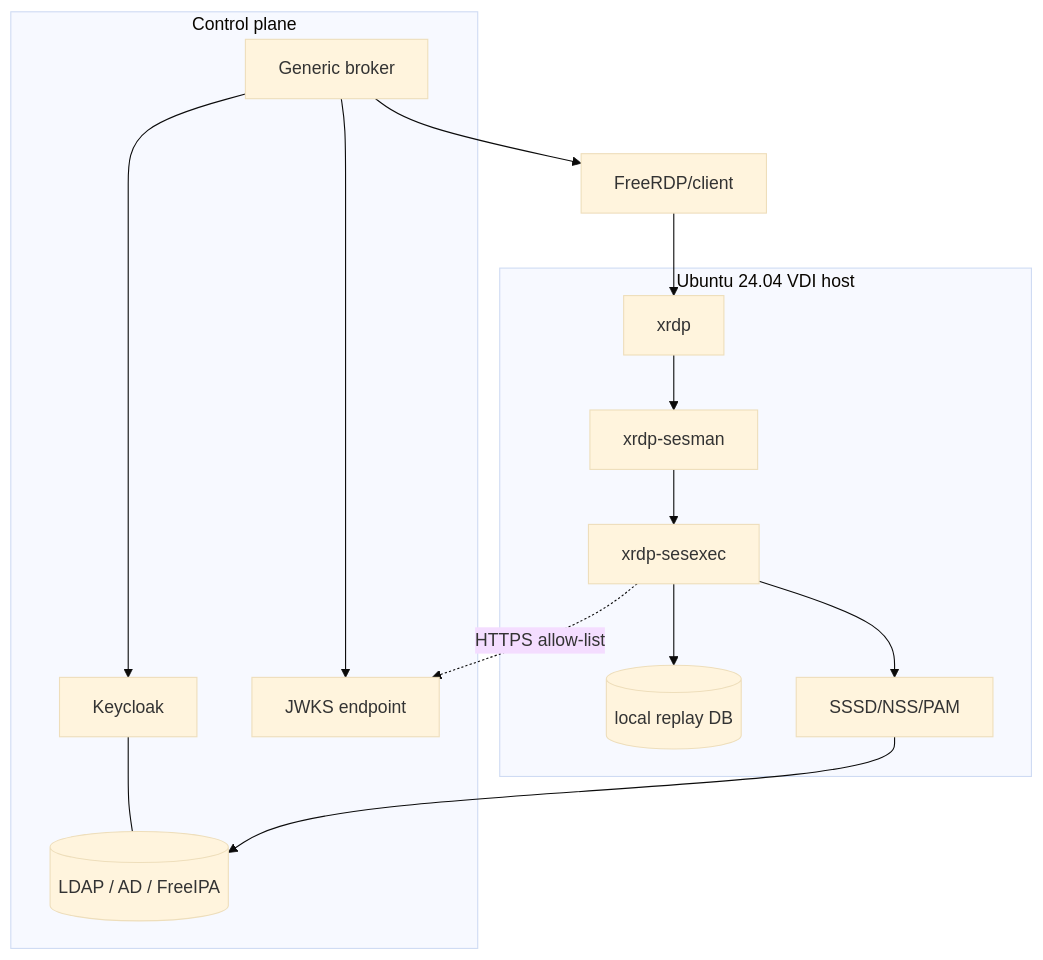
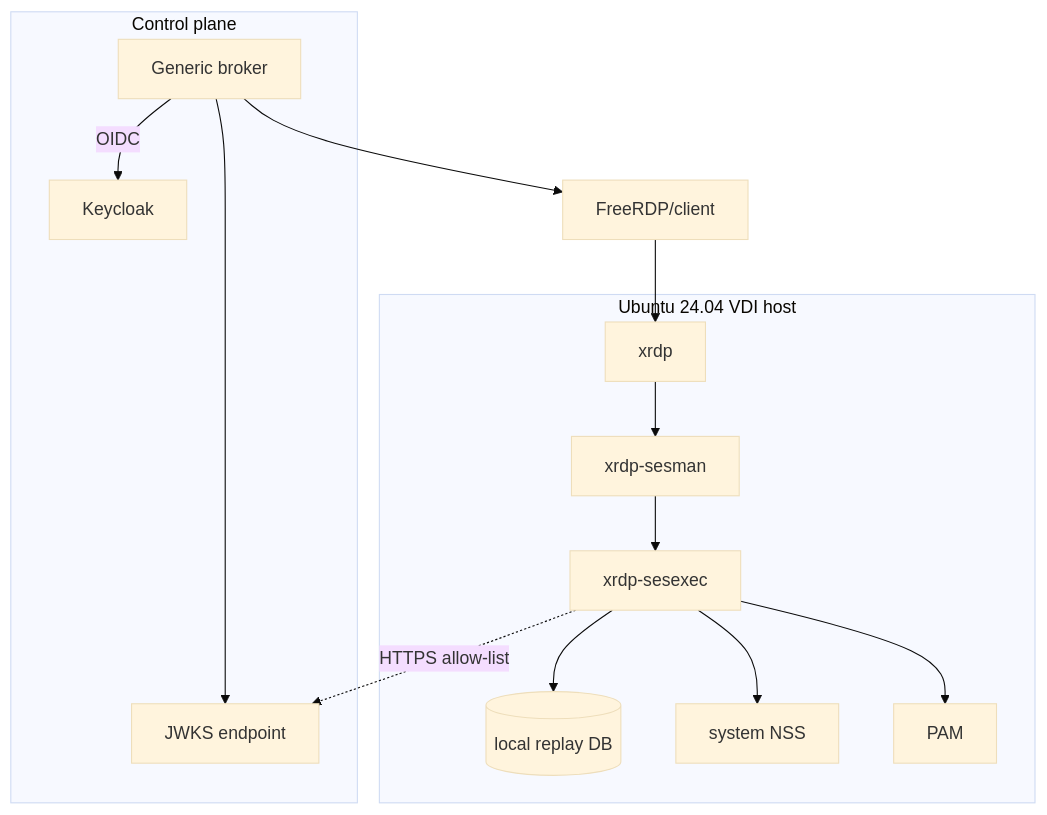
One commit to risi70/xrdp changed the third of 3 diagrams in specification/01-system-architecture.md. Above: the diagram before and after it, drawn with Mermaid (base theme). The commit also changed other lines of this file and 63 other files, not shown here.

````diff
--- a/specification/01-system-architecture.md
+++ b/specification/01-system-architecture.md
@@ -161,18 +162,18 @@
 ```mermaid
 flowchart TB
   subgraph Control["Control plane"]
-    KC[Keycloak] --- LDAP[(LDAP / AD / FreeIPA)]
-    BR[Generic broker] --> KC
+    KC[Keycloak]
+    BR[Generic broker] -->|OIDC| KC
     BR --> JWKS[JWKS endpoint]
   end
   subgraph VDI["Ubuntu 24.04 VDI host"]
     XR[xrdp] --> SM[xrdp-sesman]
     SM --> SE[xrdp-sesexec]
     SE --> RC[(local replay DB)]
-    SE --> SSSD[SSSD/NSS/PAM]
-    SSSD --> LDAP
+    SE --> NSS[system NSS]
+    SE --> PAM[PAM]
     SE -. HTTPS allow-list .-> JWKS
   end
   CL[FreeRDP/client] --> XR
   BR --> CL
 ```
````
